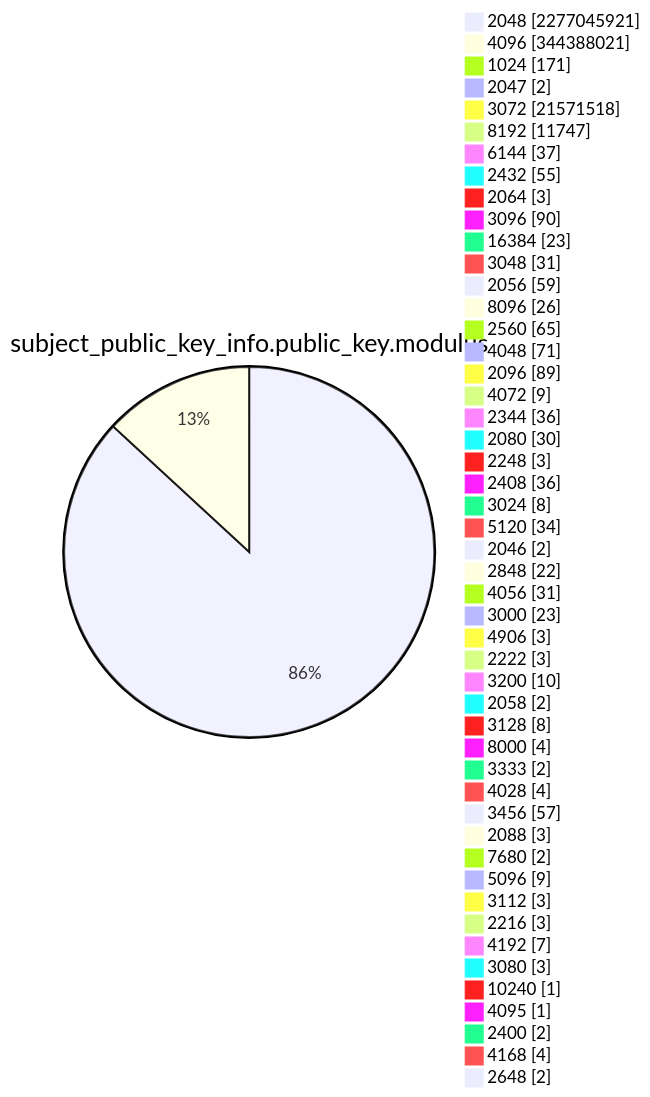
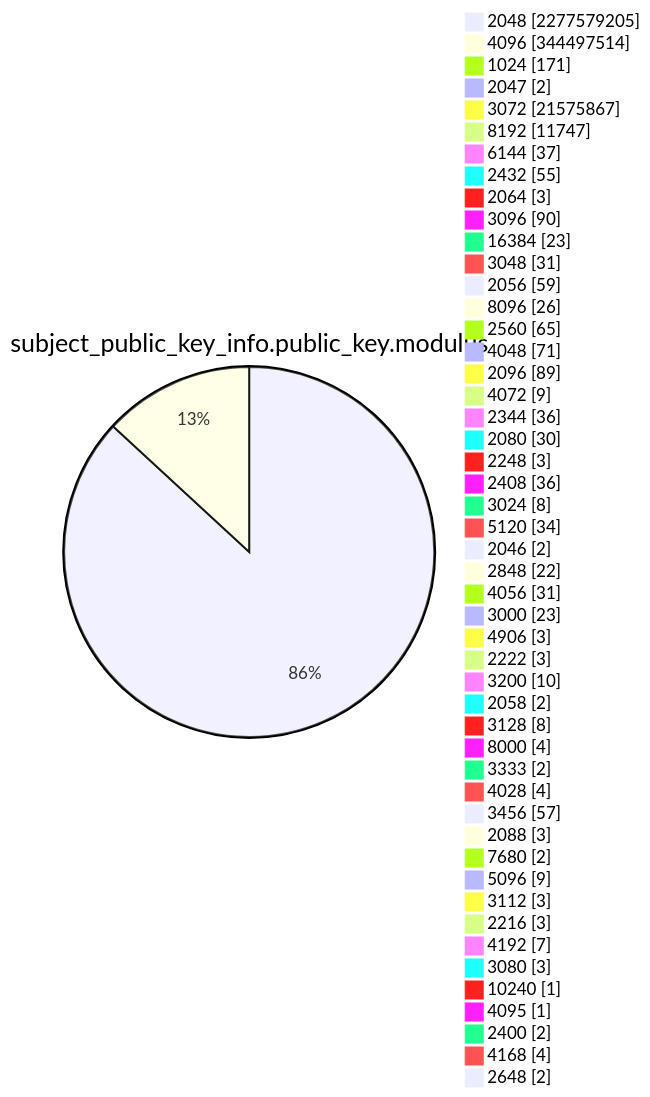
Before and after one commit to christiankrug/ctmonitor_visualization: diagram 13 of 15 in TOTAL/README.md, drawn with Mermaid. The commit also changed other lines of this file, not shown here.

````diff
--- a/TOTAL/README.md
+++ b/TOTAL/README.md
@@ -4165,53 +4165,53 @@
 ```mermaid
 pie showData
 title subject_public_key_info.public_key.modulus
-"2048" :2277045921
-"4096" :344388021
+"2048" :2277579205
+"4096" :344497514
 "1024" :171
 "2047" :2
-"3072" :21571518
+"3072" :21575867
 "8192" :11747
 "6144" :37
 "2432" :55
 "2064" :3
 "3096" :90
 "16384" :23
 "3048" :31
 "2056" :59
 "8096" :26
 "2560" :65
 "4048" :71
 "2096" :89
 "4072" :9
 "2344" :36
 "2080" :30
 "2248" :3
 "2408" :36
 "3024" :8
 "5120" :34
 "2046" :2
 "2848" :22
 "4056" :31
 "3000" :23
 "4906" :3
 "2222" :3
 "3200" :10
 "2058" :2
 "3128" :8
 "8000" :4
 "3333" :2
 "4028" :4
 "3456" :57
 "2088" :3
 "7680" :2
 "5096" :9
 "3112" :3
 "2216" :3
 "4192" :7
 "3080" :3
 "10240" :1
 "4095" :1
 "2400" :2
 "4168" :4
 "2648" :2
 ```
````
